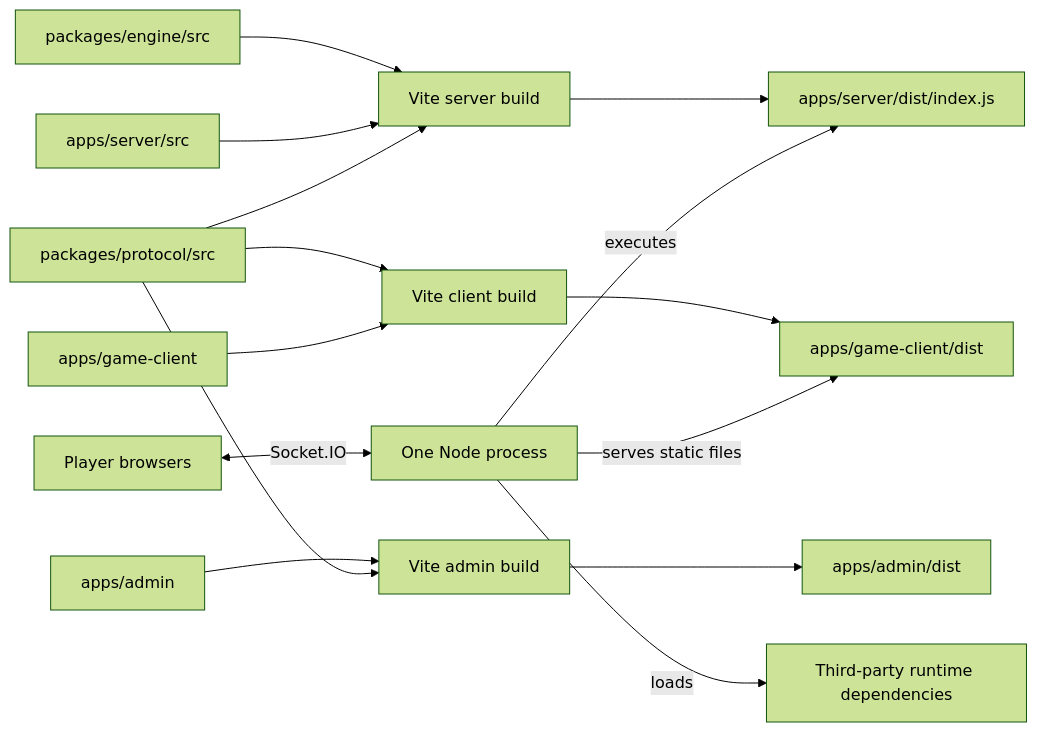
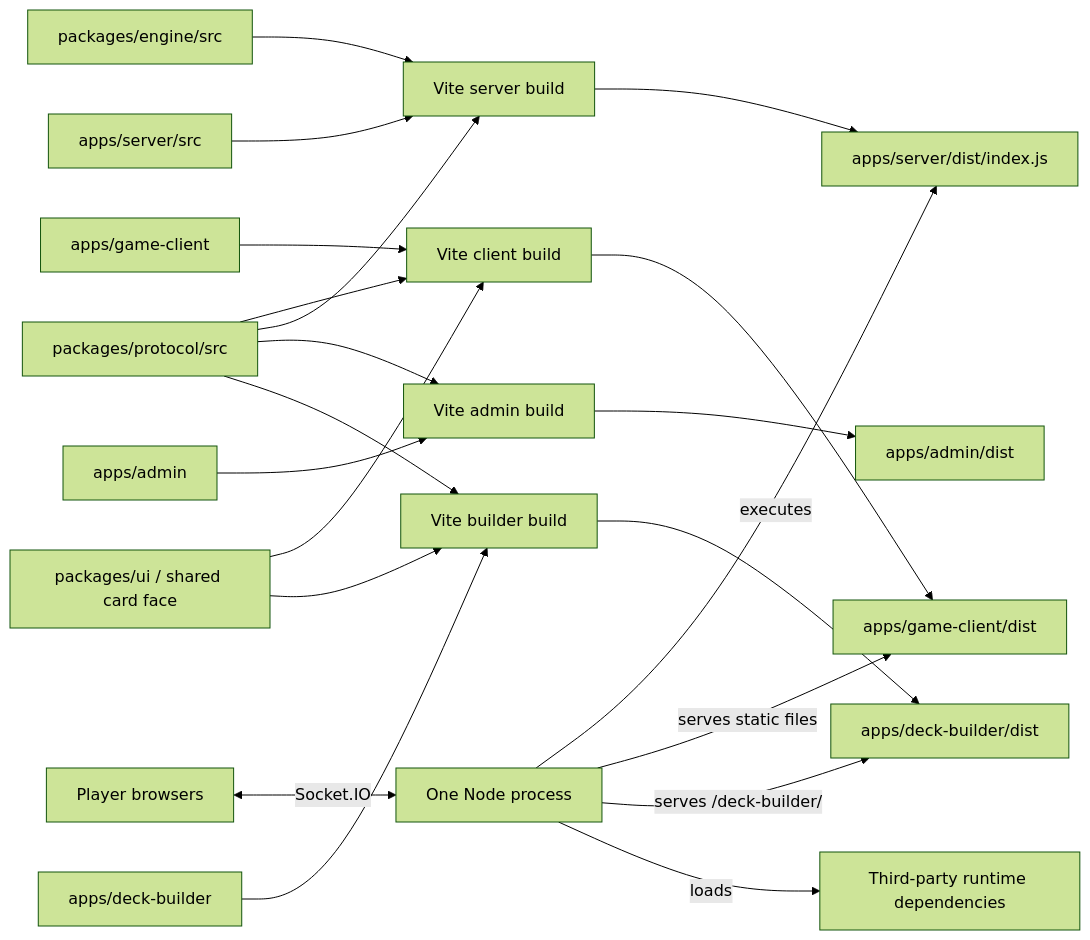
Before and after one commit to sschan39/card-game: the diagram in docs/workspace-architecture.md, drawn with Mermaid (forest theme). The commit also changed other lines of this file and 51 other files, not shown here.

Commit message:
feat: add deck builder and owned-deck game handoff

````diff
--- a/docs/workspace-architecture.md
+++ b/docs/workspace-architecture.md
@@ -29,17 +31,23 @@
 ```mermaid
 flowchart LR
     E["packages/engine/src"] --> SB["Vite server build"]
     S["apps/server/src"] --> SB
     SB --> SD["apps/server/dist/index.js"]
     P["packages/protocol/src"] --> CB["Vite client build"]
     P --> SB
     C["apps/game-client"] --> CB
     CB --> CD["apps/game-client/dist"]
     A["apps/admin"] --> AB["Vite admin build"]
     P --> AB
     AB --> AD["apps/admin/dist"]
+    U["packages/ui / shared card face"] --> CB
+    U --> DB["Vite builder build"]
+    P --> DB
+    W["apps/deck-builder"] --> DB
+    DB --> DD["apps/deck-builder/dist"]
     N["One Node process"] -->|executes| SD
     N -->|serves static files| CD
+    N -->|serves /deck-builder/| DD
     N -->|loads| D["Third-party runtime dependencies"]
     B["Player browsers"] <-->|Socket.IO| N
 ```
````
